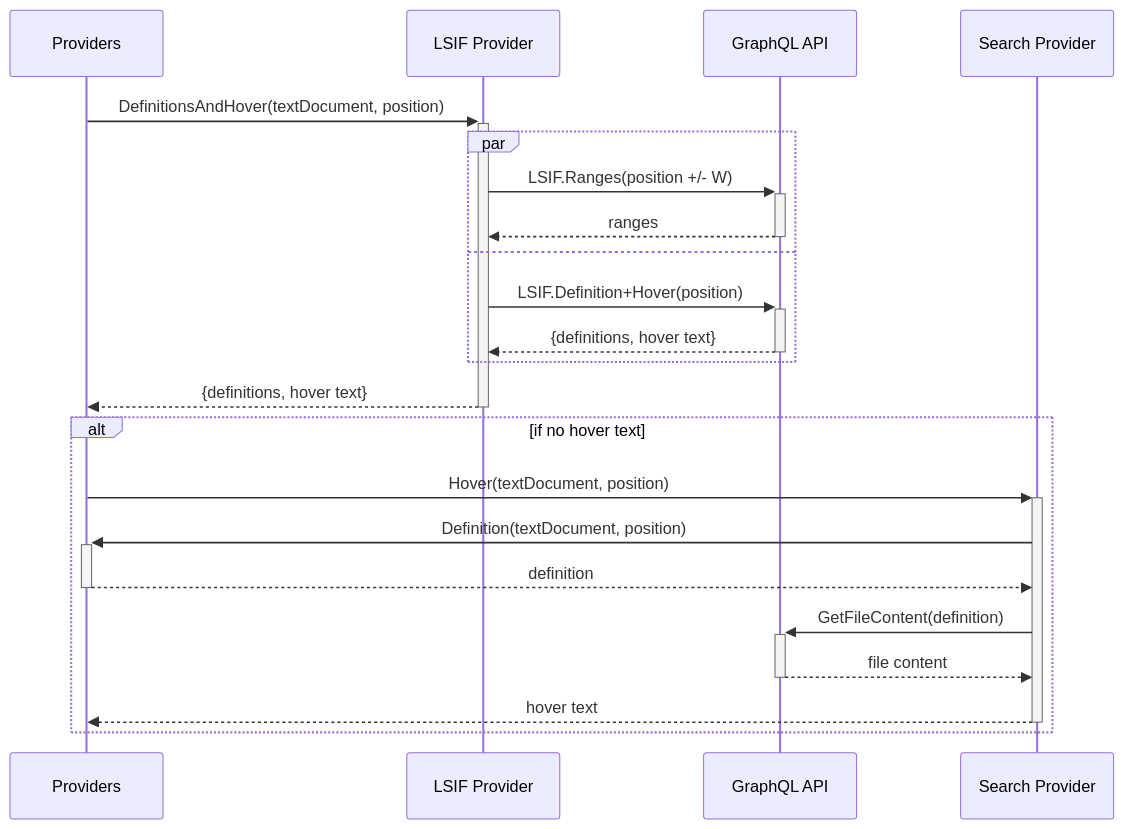
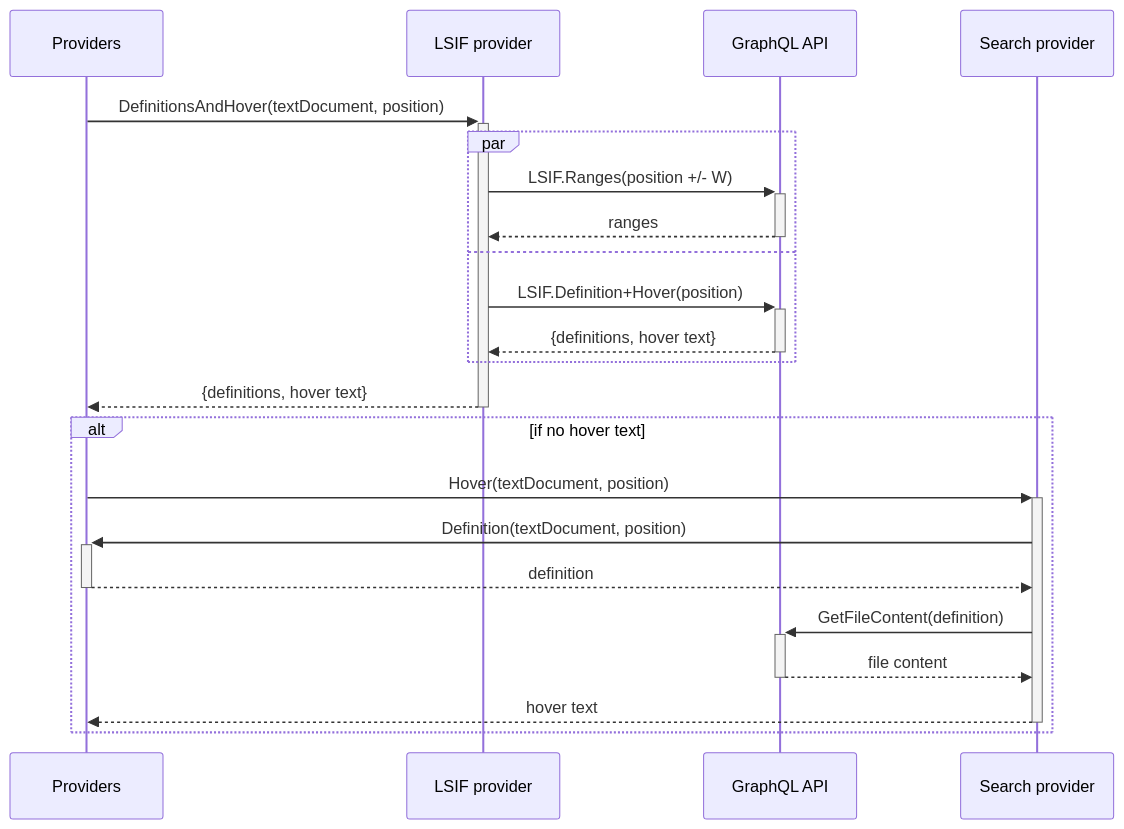
Before and after one commit to sourcegraph/sourcegraph-public-snapshot: the diagram in doc/dev/background-information/codeintel/diagrams/extension-hover.mermaid, drawn with Mermaid. The commit also changed 22 other files, not shown here.

Commit message:
doc: Update code-intel sequence diagrams

```diff
--- a/doc/dev/background-information/codeintel/diagrams/extension-hover.mermaid
+++ b/doc/dev/background-information/codeintel/diagrams/extension-hover.mermaid
@@ -1,21 +1,21 @@
 sequenceDiagram
-  Providers ->>+ LSIF Provider: DefinitionsAndHover(textDocument, position)
+  Providers ->>+ LSIF provider: DefinitionsAndHover(textDocument, position)
 
   par
-    LSIF Provider ->>+ GraphQL API: LSIF.Ranges(position +/- W)
-    GraphQL API  -->>- LSIF Provider: ranges
+    LSIF provider ->>+ GraphQL API: LSIF.Ranges(position +/- W)
+    GraphQL API  -->>- LSIF provider: ranges
   and
-    LSIF Provider ->>+ GraphQL API: LSIF.Definition+Hover(position)
-    GraphQL API  -->>- LSIF Provider: {definitions, hover text}
+    LSIF provider ->>+ GraphQL API: LSIF.Definition+Hover(position)
+    GraphQL API  -->>- LSIF provider: {definitions, hover text}
   end
 
-  LSIF Provider -->>- Providers: {definitions, hover text}
+  LSIF provider -->>- Providers: {definitions, hover text}
 
   alt if no hover text
-    Providers        ->>+ Search Provider: Hover(textDocument, position)
-    Search Provider  ->>+ Providers: Definition(textDocument, position)
-    Providers       -->>- Search Provider: definition
-    Search Provider  ->>+ GraphQL API: GetFileContent(definition)
-    GraphQL API     -->>- Search Provider: file content
-    Search Provider -->>- Providers: hover text
+    Providers        ->>+ Search provider: Hover(textDocument, position)
+    Search provider  ->>+ Providers: Definition(textDocument, position)
+    Providers       -->>- Search provider: definition
+    Search provider  ->>+ GraphQL API: GetFileContent(definition)
+    GraphQL API     -->>- Search provider: file content
+    Search provider -->>- Providers: hover text
   end
```
